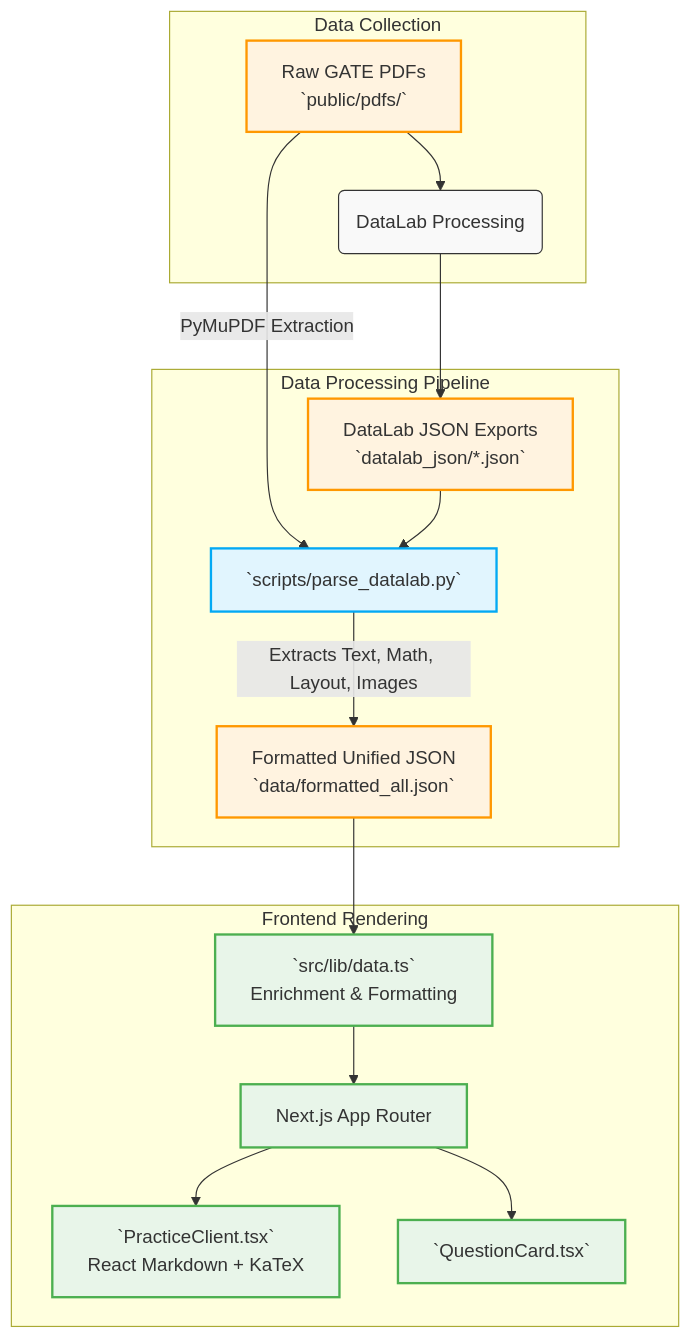
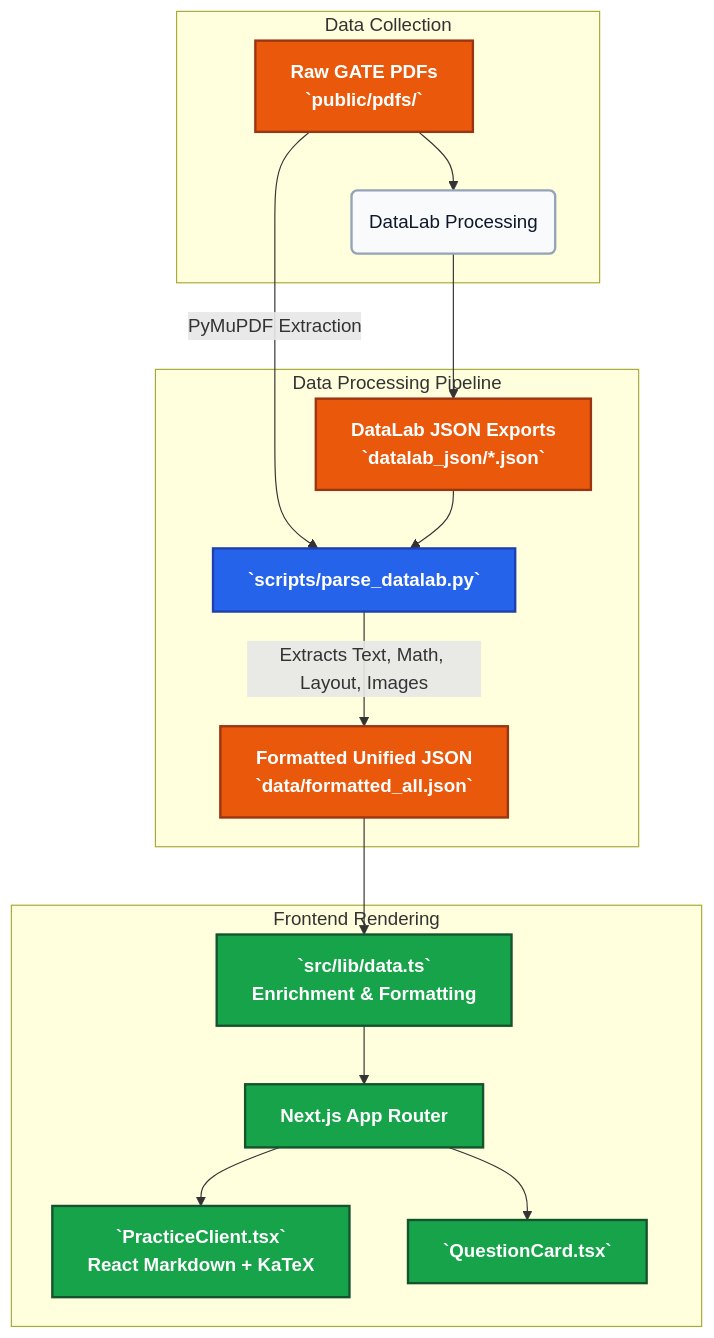
Before and after one commit to Mr-Nobody003/GATE: the diagram in README.md, drawn with Mermaid. The commit also changed other lines of this file and 3 other files, not shown here.

````diff
--- a/README.md
+++ b/README.md
@@ -11,29 +11,29 @@
 ```mermaid
 flowchart TD
     subgraph Data Collection
         A[Raw GATE PDFs\n`public/pdfs/`] --> B(DataLab Processing)
     end
 
     subgraph Data Processing Pipeline
         B --> C[DataLab JSON Exports\n`datalab_json/*.json`]
         A --> |PyMuPDF Extraction| D[`scripts/parse_datalab.py`]
         C --> D
         D --> |Extracts Text, Math, Layout, Images| E[Formatted Unified JSON\n`data/formatted_all.json`]
     end
 
     subgraph Frontend Rendering
         E --> F[`src/lib/data.ts`\nEnrichment & Formatting]
         F --> G[Next.js App Router]
         G --> H[`PracticeClient.tsx`\nReact Markdown + KaTeX]
         G --> I[`QuestionCard.tsx`]
     end
 
-    classDef default fill:#f9f9f9,stroke:#333,stroke-width:1px;
-    classDef script fill:#e1f5fe,stroke:#03a9f4,stroke-width:2px;
-    classDef data fill:#fff3e0,stroke:#ff9800,stroke-width:2px;
-    classDef frontend fill:#e8f5e9,stroke:#4caf50,stroke-width:2px;
+    classDef default fill:#f8fafc,stroke:#94a3b8,stroke-width:2px,color:#0f172a;
+    classDef script fill:#2563eb,stroke:#1e40af,stroke-width:2px,color:#ffffff,font-weight:bold;
+    classDef data fill:#ea580c,stroke:#9a3412,stroke-width:2px,color:#ffffff,font-weight:bold;
+    classDef frontend fill:#16a34a,stroke:#14532d,stroke-width:2px,color:#ffffff,font-weight:bold;
     
     class D script;
     class E,C,A data;
     class G,H,I,F frontend;
 ```
````
